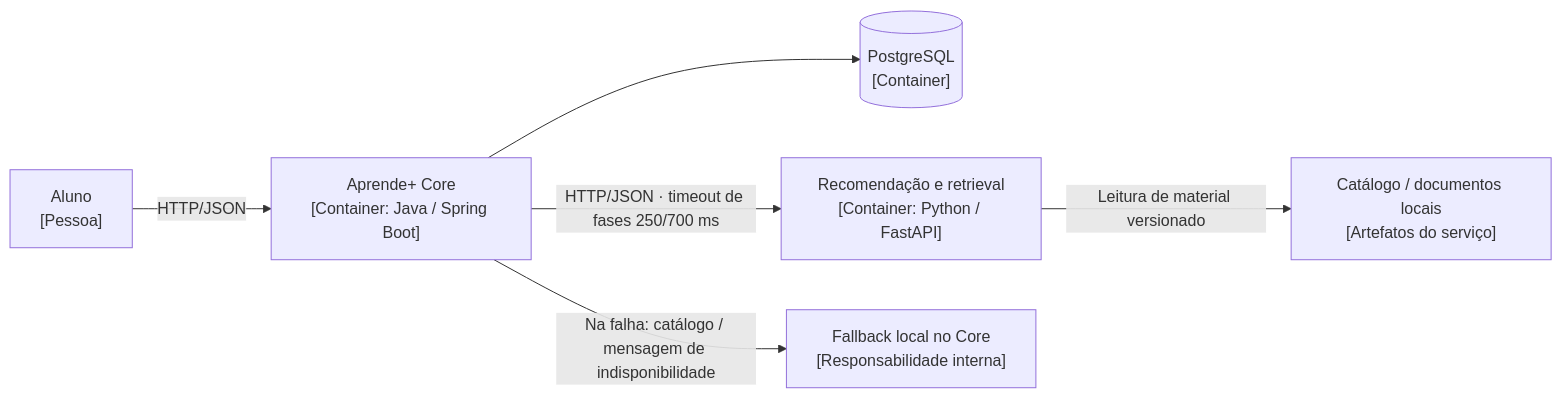
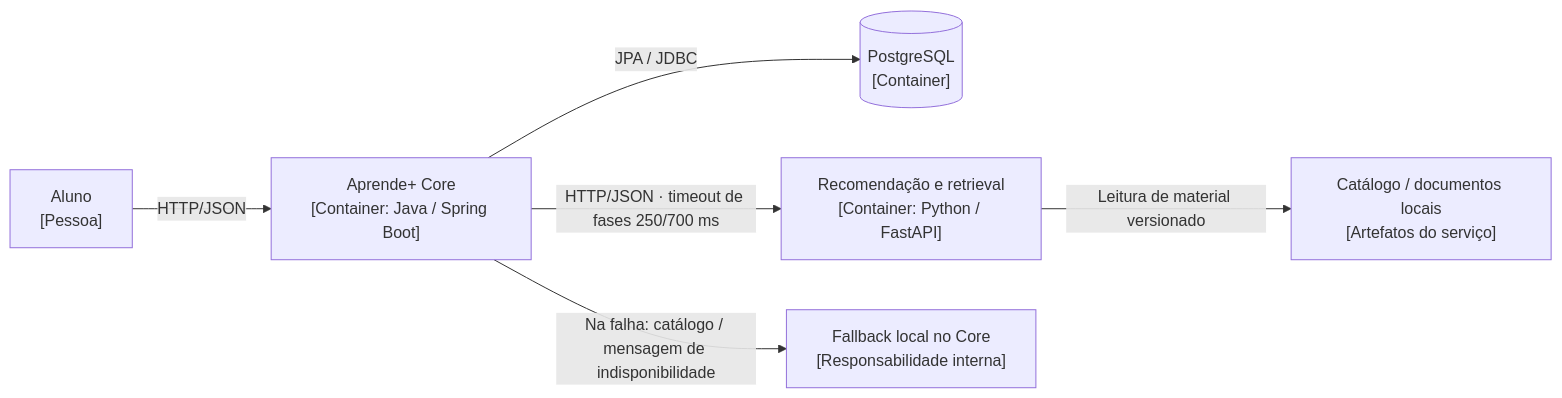
Before and after one commit to EnglerEngler/gamificacao-educacao-continuada: the diagram in docs/arquitetura/diagramas/d3-container.mmd, drawn with Mermaid. The commit also changed other lines of this file and 11 other files, not shown here.

```diff
--- a/docs/arquitetura/diagramas/d3-container.mmd
+++ b/docs/arquitetura/diagramas/d3-container.mmd
@@ -1,6 +1,6 @@
 flowchart LR
     U["Aluno<br/>[Pessoa]"] -->|"HTTP/JSON"| CORE["Aprende+ Core<br/>[Container: Java / Spring Boot]"]
-    CORE --> DB[("PostgreSQL<br/>[Container]")]
+    CORE -->|"JPA / JDBC"| DB[("PostgreSQL<br/>[Container]")]
     CORE -->|"HTTP/JSON · timeout de fases 250/700 ms"| IA["Recomendação e retrieval<br/>[Container: Python / FastAPI]"]
     CORE -->|"Na falha: catálogo / mensagem de indisponibilidade"| F["Fallback local no Core<br/>[Responsabilidade interna]"]
     IA -->|"Leitura de material versionado"| MATERIAL["Catálogo / documentos locais<br/>[Artefatos do serviço]"]
```
